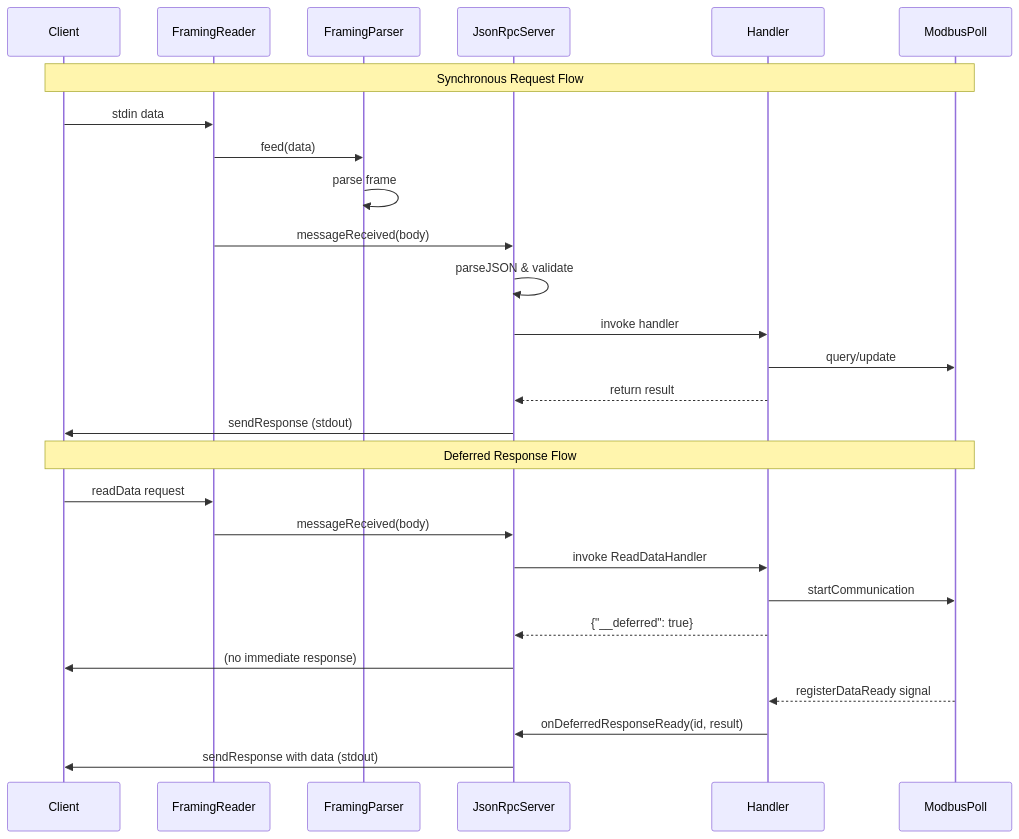
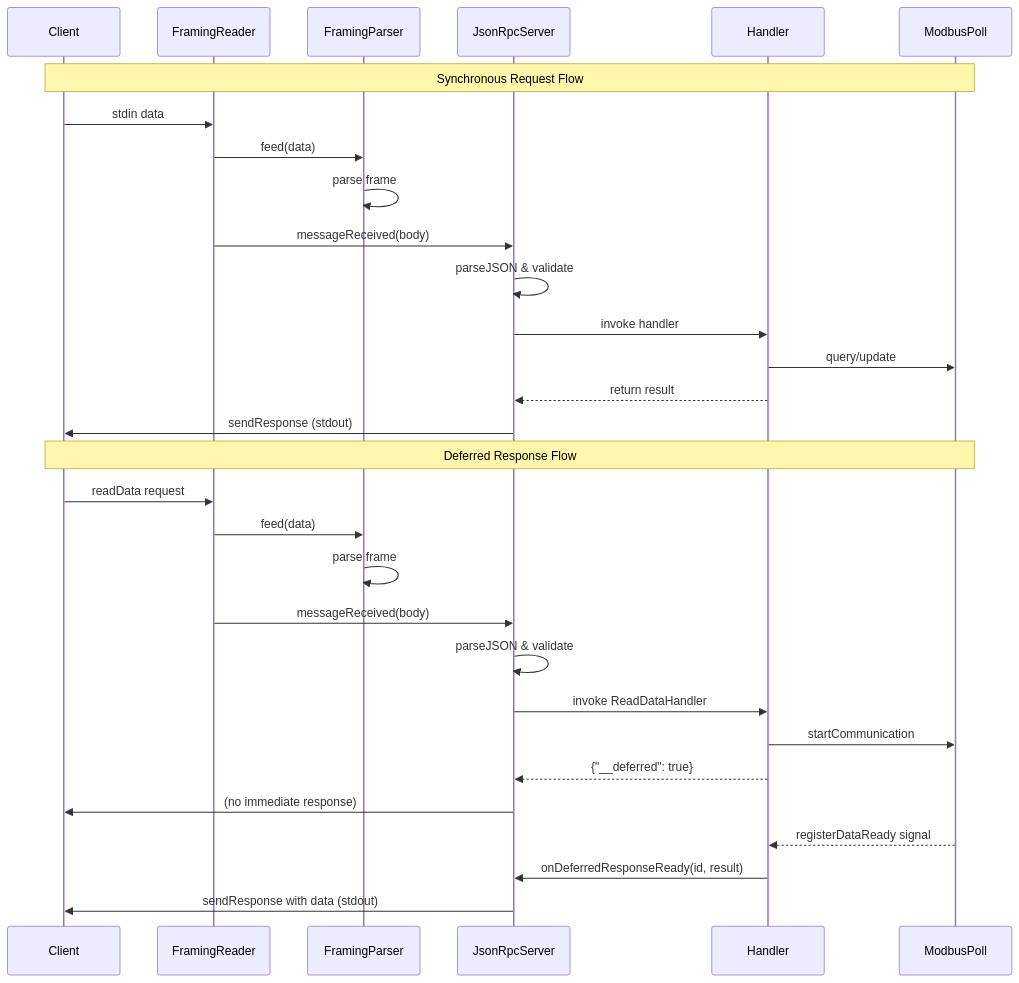
The diagram in Plan/sequence_diagram.md (ModbusScope/ModbusScope), drawn with Mermaid before and after one commit. The commit also changed 3 other files, not shown here.

````diff
--- a/Plan/sequence_diagram.md
+++ b/Plan/sequence_diagram.md
@@ -3,32 +3,35 @@
 ```mermaid
 sequenceDiagram
     participant Client
     participant Reader as FramingReader
     participant Parser as FramingParser
     participant Server as JsonRpcServer
     participant Handler
     participant ModbusPoll
 
     Note over Client,ModbusPoll: Synchronous Request Flow
     Client->>Reader: stdin data
     Reader->>Parser: feed(data)
     Parser->>Parser: parse frame
     Reader->>Server: messageReceived(body)
     Server->>Server: parseJSON & validate
     Server->>Handler: invoke handler
     Handler->>ModbusPoll: query/update
     Handler-->>Server: return result
     Server->>Client: sendResponse (stdout)
 
     Note over Client,ModbusPoll: Deferred Response Flow
     Client->>Reader: readData request
+    Reader->>Parser: feed(data)
+    Parser->>Parser: parse frame
     Reader->>Server: messageReceived(body)
+    Server->>Server: parseJSON & validate
     Server->>Handler: invoke ReadDataHandler
     Handler->>ModbusPoll: startCommunication
     Handler-->>Server: {"__deferred": true}
     Server->>Client: (no immediate response)
     ModbusPoll-->>Handler: registerDataReady signal
     Handler->>Server: onDeferredResponseReady(id, result)
     Server->>Client: sendResponse with data (stdout)
 
 ```
````
